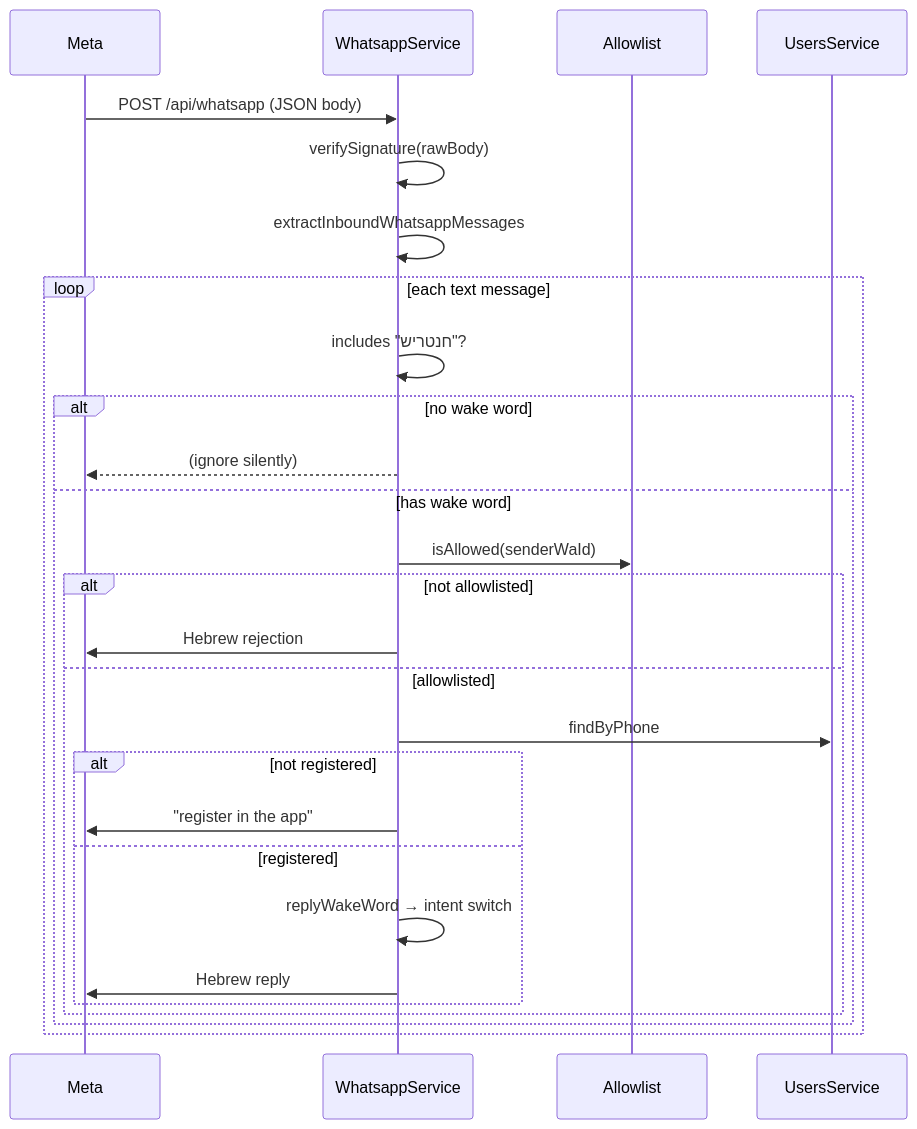
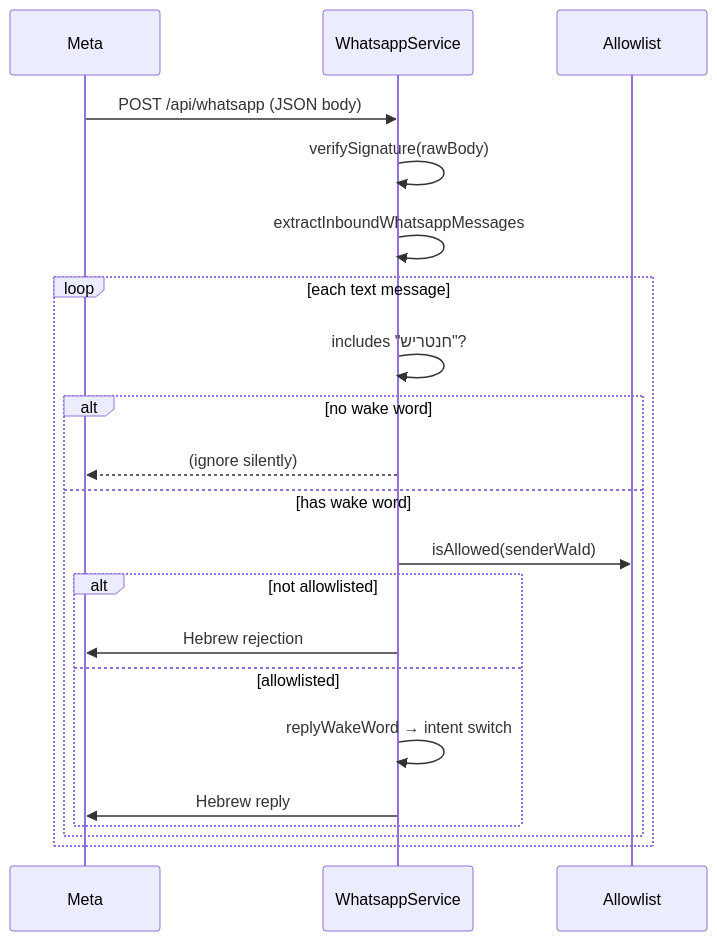
Before and after one commit to stavbarak/medflow-ai: the second of 2 diagrams in summaries/stage-4-whatsapp-module.md, drawn with Mermaid. The commit also changed other lines of this file and 5 other files, not shown here.

````diff
--- a/summaries/stage-4-whatsapp-module.md
+++ b/summaries/stage-4-whatsapp-module.md
@@ -38,30 +37,23 @@
 ```mermaid
 sequenceDiagram
   participant M as Meta
   participant W as WhatsappService
   participant A as Allowlist
-  participant U as UsersService
-
   M->>W: POST /api/whatsapp (JSON body)
   W->>W: verifySignature(rawBody)
   W->>W: extractInboundWhatsappMessages
   loop each text message
     W->>W: includes "חנטריש"?
     alt no wake word
       W-->>M: (ignore silently)
     else has wake word
       W->>A: isAllowed(senderWaId)
       alt not allowlisted
         W->>M: Hebrew rejection
       else allowlisted
-        W->>U: findByPhone
-        alt not registered
-          W->>M: "register in the app"
-        else registered
-          W->>W: replyWakeWord → intent switch
-          W->>M: Hebrew reply
-        end
+        W->>W: replyWakeWord → intent switch
+        W->>M: Hebrew reply
       end
     end
   end
 ```
````
